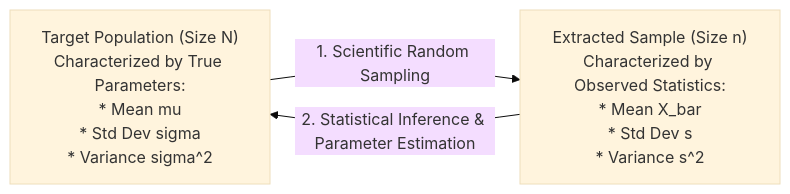
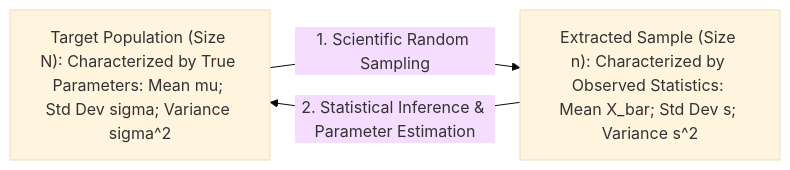
Diagram 17 of 21 in notes/data_analysis/Unit_4_notes.md (DeepLumiere/DeepSkills), drawn with Mermaid (base theme) before and after one commit. The commit also changed other lines of this file and 56 other files, not shown here.

````diff
--- a/notes/data_analysis/Unit_4_notes.md
+++ b/notes/data_analysis/Unit_4_notes.md
@@ -1558,9 +1556,9 @@
 ```mermaid
 flowchart LR
-    POP["Target Population (Size N)<br/>Characterized by True Parameters:<br/>* Mean mu<br/>* Std Dev sigma<br/>* Variance sigma^2"]
+    POP["Target Population (Size N): Characterized by True Parameters: Mean mu; Std Dev sigma; Variance sigma^2"]
 
-    SAMP["Extracted Sample (Size n)<br/>Characterized by Observed Statistics:<br/>* Mean X_bar<br/>* Std Dev s<br/>* Variance s^2"]
+    SAMP["Extracted Sample (Size n): Characterized by Observed Statistics: Mean X_bar; Std Dev s; Variance s^2"]
 
     POP -- "1. Scientific Random Sampling" --> SAMP
     SAMP -- "2. Statistical Inference & Parameter Estimation" --> POP
 ```
````
